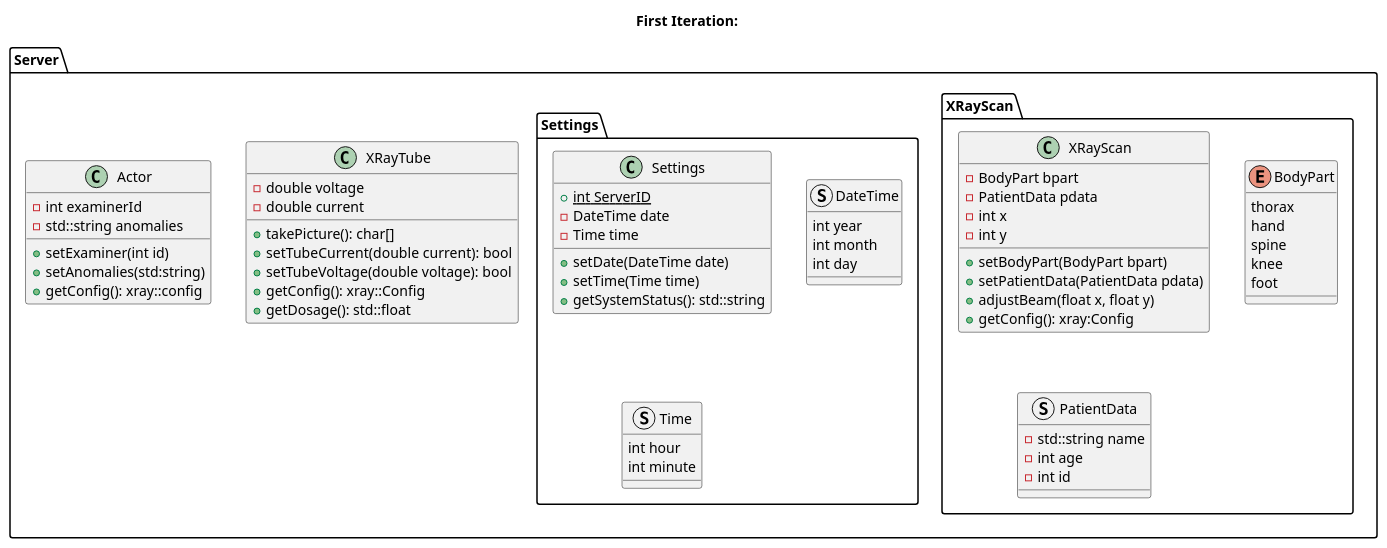
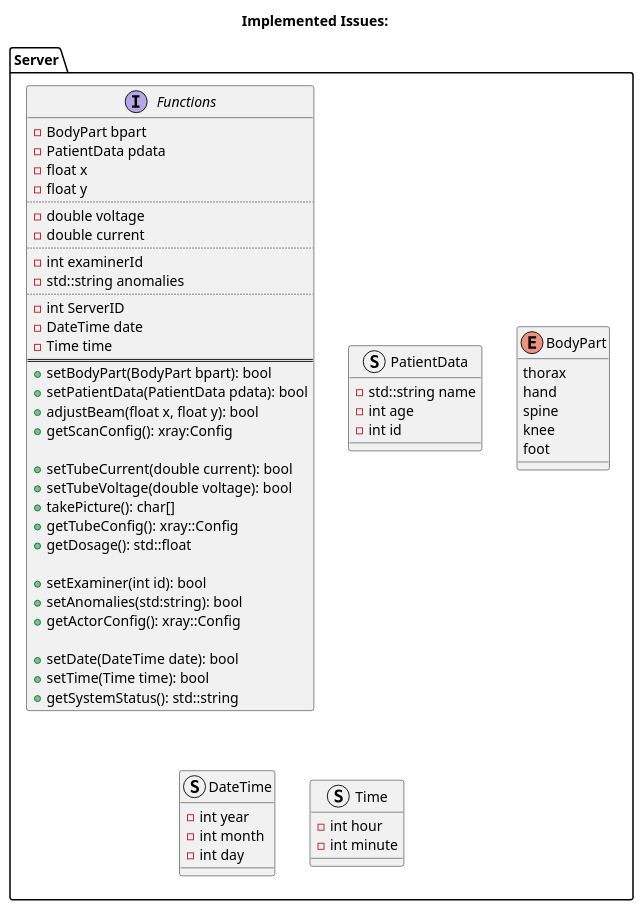
The fourth of 4 diagrams in workshop/doc/workshop.md (a-kuntz/JsonRPC), drawn with PlantUML before and after one commit. The commit also changed other lines of this file and 1 other file, not shown here.

Commit message:
remodel server diagram after issues

````diff
--- a/workshop/doc/workshop.md
+++ b/workshop/doc/workshop.md
@@ -154,69 +154,70 @@
 ```plantuml
 @startuml
-title "First Iteration:"
+title "Implemented Issues:"
 package "Server" {
-    package "XRayScan"{
-        class XRayScan{
-            -BodyPart bpart
-            -PatientData pdata
-            -int x
-            -int y
-            +setBodyPart(BodyPart bpart)
-            +setPatientData(PatientData pdata)
-            +adjustBeam(float x, float y)
-            +getConfig(): xray:Config 
-            }
+    interface "Functions" { 
+        -BodyPart bpart
+        -PatientData pdata
+        -float x
+        -float y
+        ..
+        -double voltage
+        -double current
+        ..
+        -int examinerId
+        -std::string anomalies
+        ..
+        -int ServerID
+        -DateTime date
+        -Time time
+        ==
+        +setBodyPart(BodyPart bpart): bool
+        +setPatientData(PatientData pdata): bool
+        +adjustBeam(float x, float y): bool
+        +getScanConfig(): xray:Config 
+
+        +setTubeCurrent(double current): bool
+        +setTubeVoltage(double voltage): bool 
+        +takePicture(): char[]
+        +getTubeConfig(): xray::Config
+        +getDosage(): std::float
+        
+        +setExaminer(int id): bool
+        +setAnomalies(std:string): bool
+        +getActorConfig(): xray::Config
+  
+        +setDate(DateTime date): bool
+        +setTime(Time time): bool 
+        +getSystemStatus(): std::string
+    }
+    together {
+        struct PatientData {
+            -std::string name
+            -int age
+            -int id
+        }
         enum BodyPart {
             thorax
             hand
             spine
             knee
             foot
         }
-        struct PatientData {
-            -std::string name
-            -int age
-            -int id
-            }
+        
     }
+    together {
+        struct Time{
+            -int hour
+            -int minute
+        }
+        struct DateTime{
+            -int year
+            -int month
+            -int day
+        }
+    }
+    PatientData -[hidden]-> Time 
 
-    class XRayTube{
-        -double voltage
-        -double current
-        +takePicture(): char[]
-        +setTubeCurrent(double current): bool
-        +setTubeVoltage(double voltage): bool
-        +getConfig(): xray::Config
-        +getDosage(): std::float
-    }
-    class Actor{
-        -int examinerId
-        -std::string anomalies
-        +setExaminer(int id)
-        +setAnomalies(std:string)
-        +getConfig(): xray::config
-    }
-    package "Settings"{
-        class Settings{
-        + {static} int ServerID
-        -DateTime date
-        -Time time
-        +setDate(DateTime date)
-        +setTime(Time time)
-        +getSystemStatus(): std::string
-        }
-
-        struct DateTime{
-            int year
-            int month
-            int day
-        }
-
-        struct Time{
-            int hour
-            int minute
-            }
-    }
-
+@enduml  
 }
 ```
````
